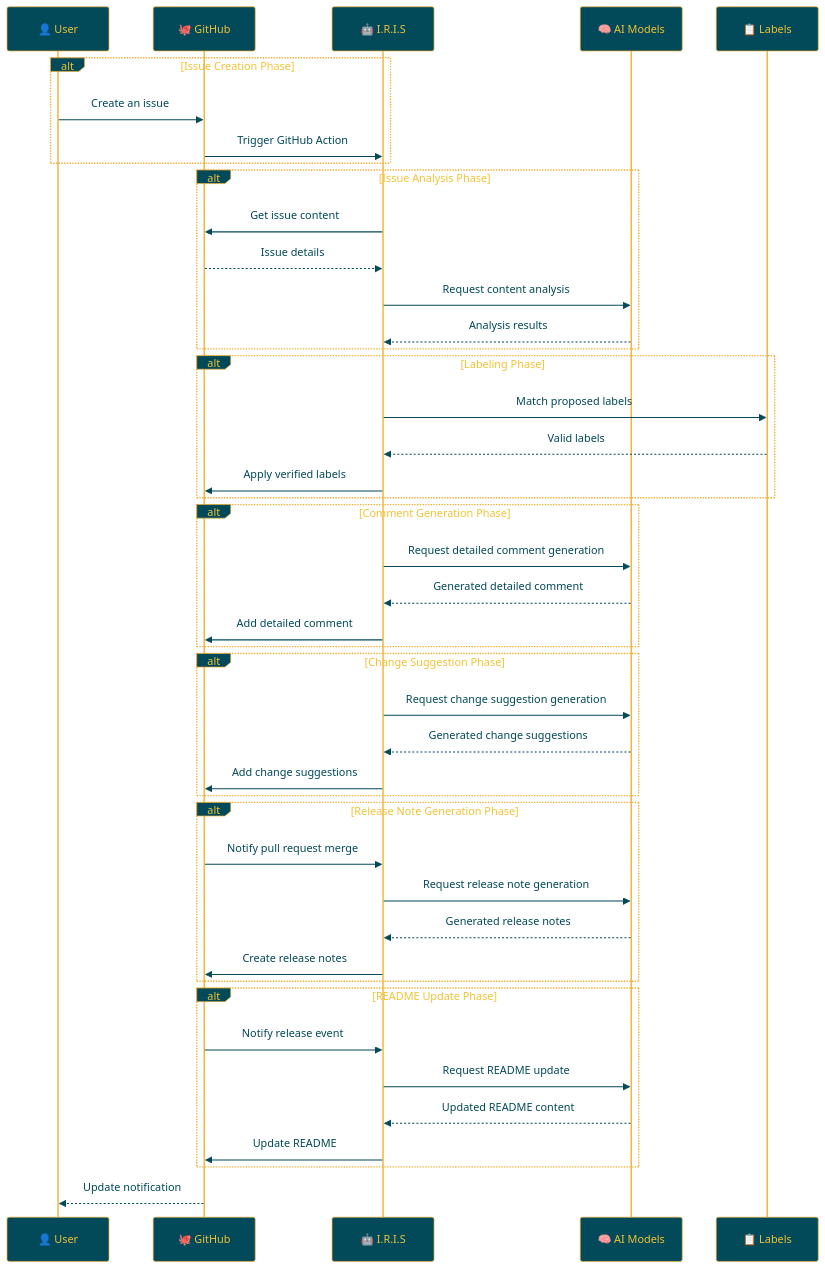
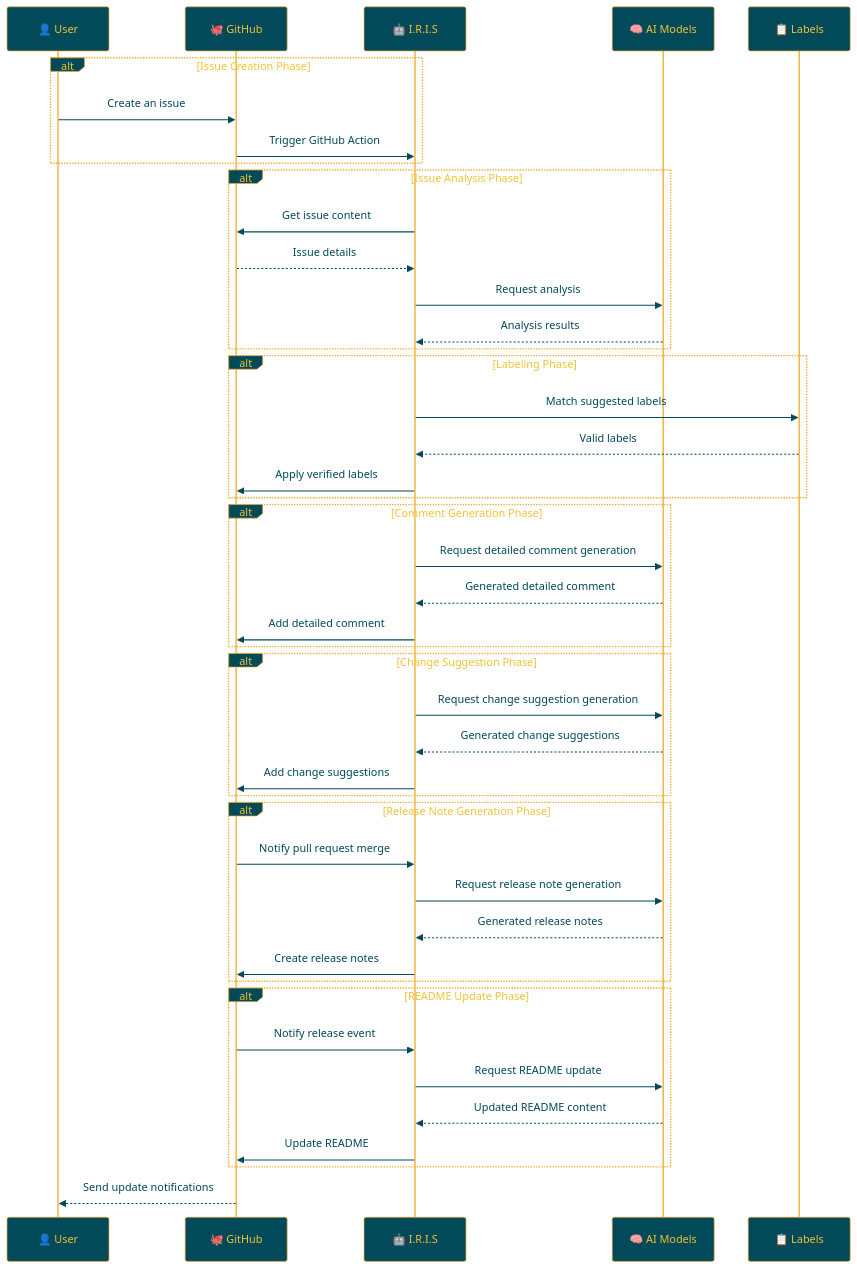
One commit to Sunwood-ai-labs/IRIS changed the diagram in docs/README.en.md. Above: the diagram before and after it, drawn with Mermaid. The commit also changed other lines of this file, not shown here.

````diff
--- a/docs/README.en.md
+++ b/docs/README.en.md
@@ -143,56 +129,56 @@
 ```mermaid
 %%{init:{'theme':'base','themeVariables':{'primaryColor':'#024959','primaryTextColor':'#F2C335','primaryBorderColor':'#F2AE30','lineColor':'#A1A2A6','secondaryColor':'#593E25','tertiaryColor':'#F2C335','noteTextColor':'#024959','noteBkgColor':'#F2C335','textColor':'#024959','fontSize':'18px'}}}%%
 
 sequenceDiagram
     participant User as 👤 User
     participant GitHub as 🐙 GitHub
     participant IRIS as 🤖 I.R.I.S
     participant AI as 🧠 AI Models
     participant Labels as 📋 Labels
 
     alt Issue Creation Phase
         User->>GitHub: Create an issue
         GitHub->>IRIS: Trigger GitHub Action
     end
 
     alt Issue Analysis Phase
         IRIS->>GitHub: Get issue content
         GitHub-->>IRIS: Issue details
-        IRIS->>AI: Request content analysis
+        IRIS->>AI: Request analysis
         AI-->>IRIS: Analysis results
     end
 
     alt Labeling Phase
-        IRIS->>Labels: Match proposed labels
+        IRIS->>Labels: Match suggested labels
         Labels-->>IRIS: Valid labels
         IRIS->>GitHub: Apply verified labels
     end
 
     alt Comment Generation Phase
         IRIS->>AI: Request detailed comment generation
         AI-->>IRIS: Generated detailed comment
         IRIS->>GitHub: Add detailed comment
     end
 
     alt Change Suggestion Phase
         IRIS->>AI: Request change suggestion generation
         AI-->>IRIS: Generated change suggestions
         IRIS->>GitHub: Add change suggestions
     end
 
     alt Release Note Generation Phase
         GitHub->>IRIS: Notify pull request merge
         IRIS->>AI: Request release note generation
         AI-->>IRIS: Generated release notes
         IRIS->>GitHub: Create release notes
     end
 
     alt README Update Phase
         GitHub->>IRIS: Notify release event
         IRIS->>AI: Request README update
         AI-->>IRIS: Updated README content
         IRIS->>GitHub: Update README
     end
 
-    GitHub-->>User: Update notification
+    GitHub-->>User: Send update notifications
 ```
````
